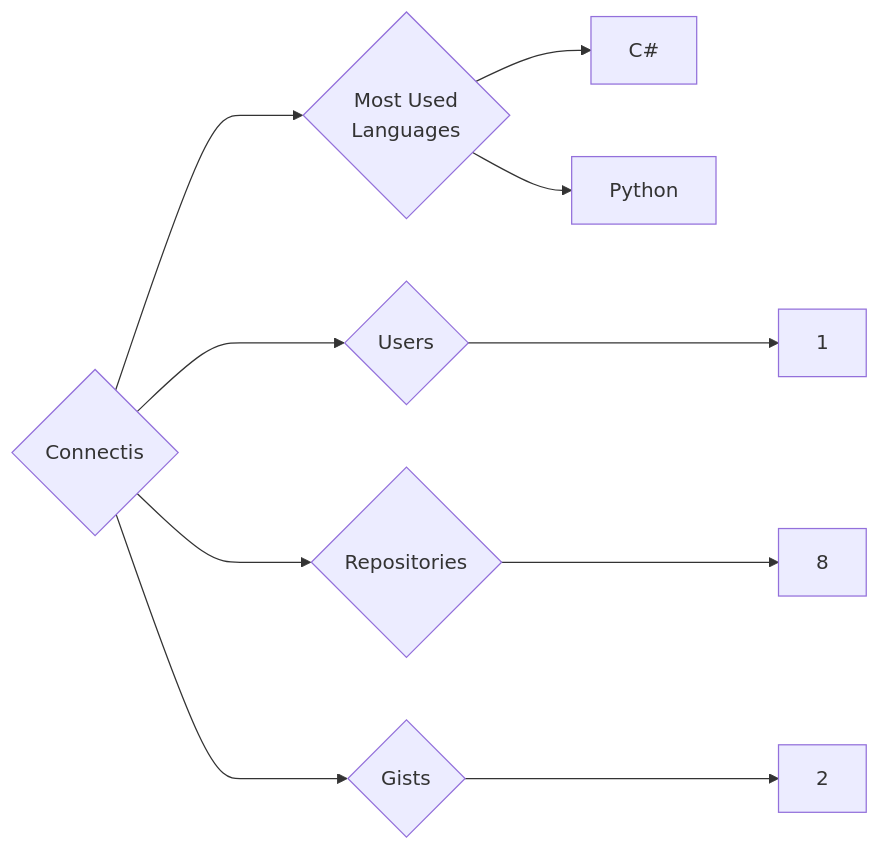
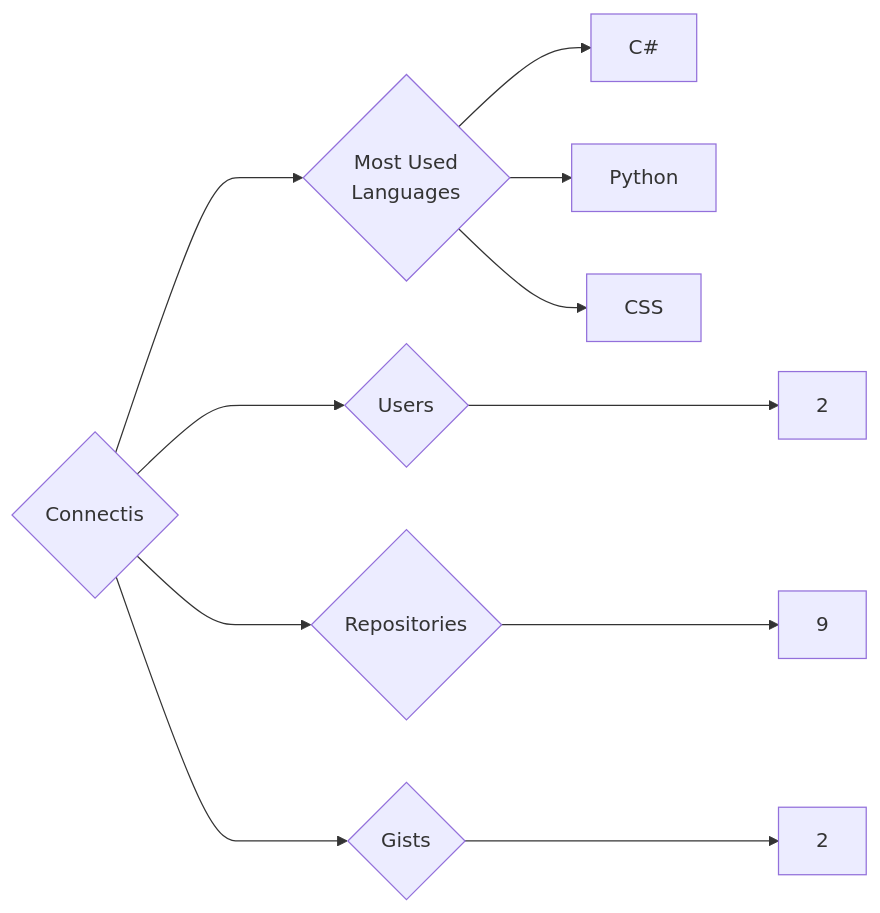
The diagram in targets/Connectis/README.md (trickest/insiders), drawn with Mermaid before and after one commit. The commit also changed 865 other files, not shown here.

````diff
--- a/targets/Connectis/README.md
+++ b/targets/Connectis/README.md
@@ -3,10 +3,11 @@
 ```mermaid
 graph LR
 COMPANY_NAME{Connectis}
-COMPANY_NAME ---> U{Users} ---> UN[1]
-COMPANY_NAME ---> R{Repositories} ---> RN[8]
+COMPANY_NAME ---> U{Users} ---> UN[2]
+COMPANY_NAME ---> R{Repositories} ---> RN[9]
 COMPANY_NAME ---> G{Gists} ---> GN[2]
 COMPANY_NAME ---> ML{Most Used<br>Languages}
 ML --> C#[C#]
 ML --> Python[Python]
+ML --> CSS[CSS]
 ```
````
